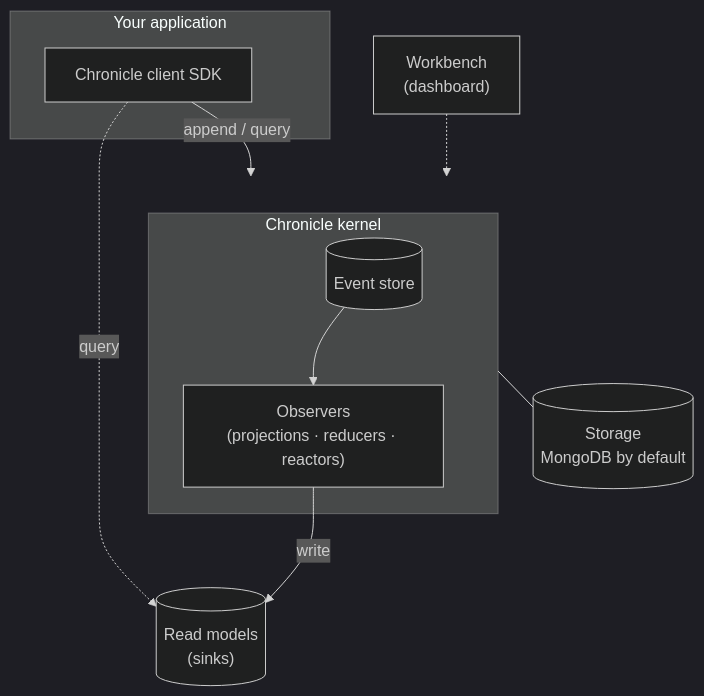
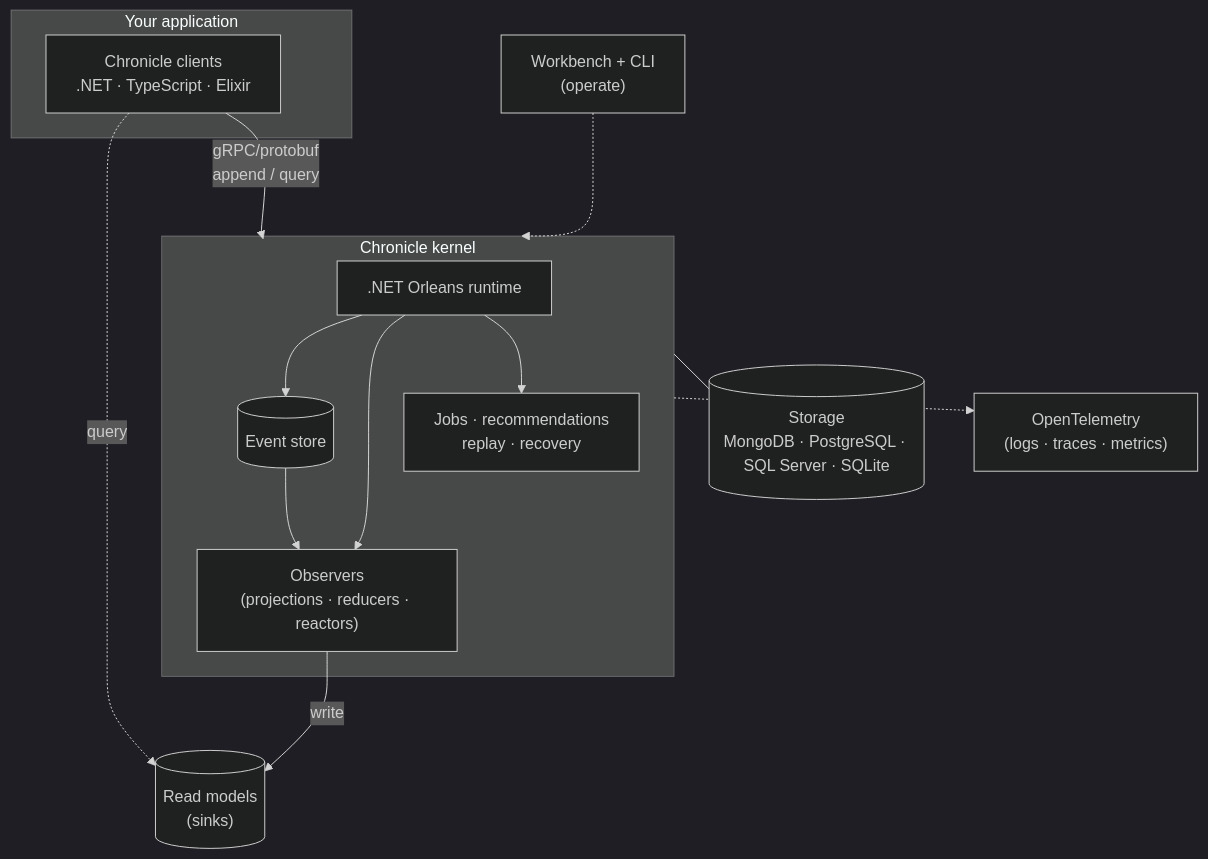
Before and after one commit to Cratis/Chronicle: the first of 2 diagrams in Documentation/architecture.md, drawn with Mermaid (dark theme). The commit also changed other lines of this file and 6 other files, not shown here.

First line of the commit message:
Refine Chronicle concept and architecture pages

````diff
--- a/Documentation/architecture.md
+++ b/Documentation/architecture.md
@@ -10,20 +12,27 @@
 ```mermaid
 flowchart TB
     subgraph App["Your application"]
-        SDK["Chronicle client SDK"]
+        SDK["Chronicle clients<br/>.NET · TypeScript · Elixir"]
     end
     subgraph Kernel["Chronicle kernel"]
+        ORL[".NET Orleans runtime"]
         ES[("Event store")]
         OBS["Observers<br/>(projections · reducers · reactors)"]
+        JOBS["Jobs · recommendations<br/>replay · recovery"]
     end
-    Store[("Storage<br/>MongoDB by default")]
+    Store[("Storage<br/>MongoDB · PostgreSQL · SQL Server · SQLite")]
     RM[("Read models<br/>(sinks)")]
-    DB["Workbench<br/>(dashboard)"]
+    DB["Workbench + CLI<br/>(operate)"]
+    OTEL["OpenTelemetry<br/>(logs · traces · metrics)"]
 
-    SDK -->|append / query| Kernel
+    SDK -->|gRPC/protobuf<br/>append / query| Kernel
+    ORL --> ES
+    ORL --> OBS
+    ORL --> JOBS
     ES --> OBS
     OBS -->|write| RM
     Kernel --- Store
     SDK -.->|query| RM
     DB -.-> Kernel
+    Kernel -.-> OTEL
 ```
````
